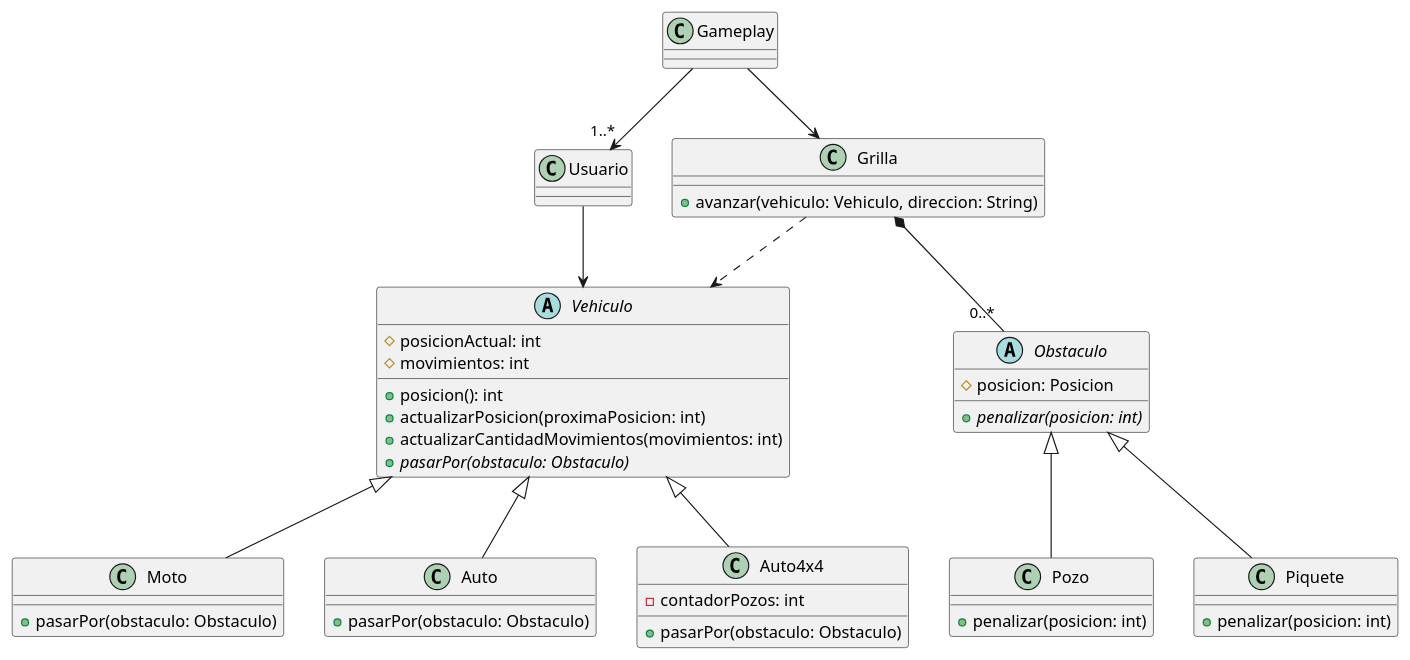
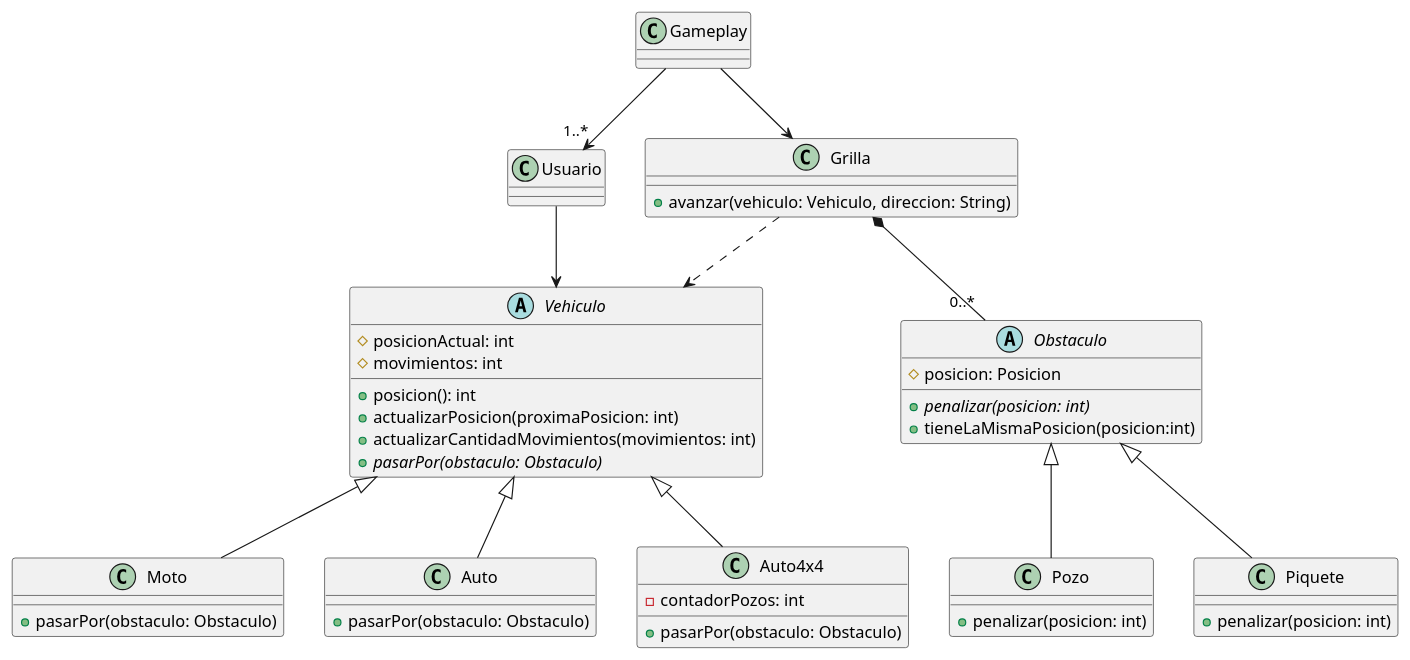
Before and after one commit to Dolo-pavon01/gpsChallenge: the diagram in diagrams/classes/dc.plantuml, drawn with PlantUML.

```diff
--- a/diagrams/classes/dc.plantuml
+++ b/diagrams/classes/dc.plantuml
@@ -1,59 +1,60 @@
 @startuml
 
 class Gameplay {}
 
 class Grilla {
     + avanzar(vehiculo: Vehiculo, direccion: String)
 }
 
 class Usuario {}
 
 abstract class Vehiculo {
     # posicionActual: int
     # movimientos: int
     + posicion(): int
     + actualizarPosicion(proximaPosicion: int)
     + actualizarCantidadMovimientos(movimientos: int)
     + {abstract} pasarPor(obstaculo: Obstaculo)
 }
 
 class Moto {
     + pasarPor(obstaculo: Obstaculo)
 }
 
 class Auto {
     + pasarPor(obstaculo: Obstaculo)
 }
 
 class Auto4x4 {
     - contadorPozos: int
     + pasarPor(obstaculo: Obstaculo)
 }
 
 abstract class Obstaculo {
     # posicion: Posicion
     + {abstract} penalizar(posicion: int)
+    + tieneLaMismaPosicion(posicion:int)
 }
 
 class Pozo {
     + penalizar(posicion: int)
 }
 
 class Piquete {
     + penalizar(posicion: int)
 }
 
 Gameplay --> Grilla
 Usuario --> Vehiculo
 
 Gameplay --> "1..*" Usuario
 Grilla ..> Vehiculo
 Grilla *-- "0..*" Obstaculo
 Vehiculo <|-- Moto
 Vehiculo <|-- Auto
 Vehiculo <|-- Auto4x4
 
 Obstaculo <|-- Pozo
 Obstaculo <|-- Piquete
 
 @enduml
```
